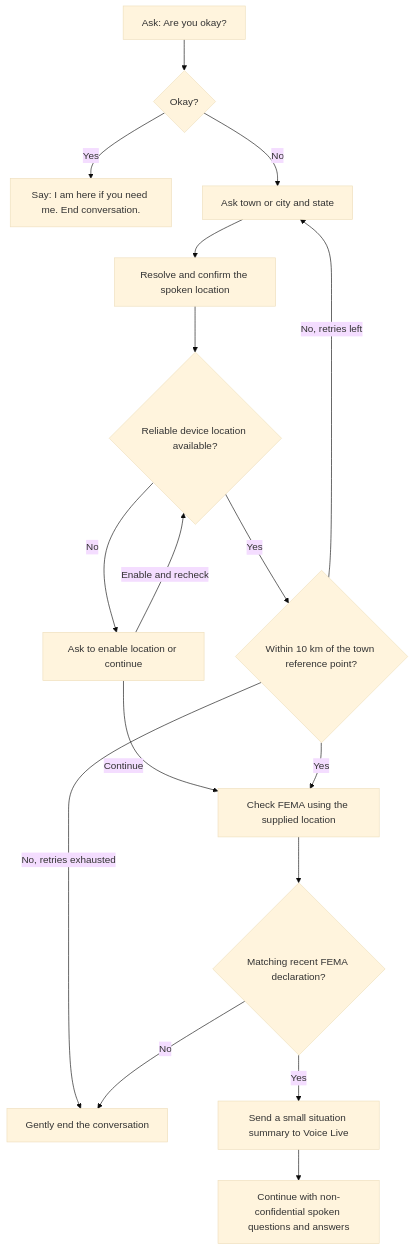
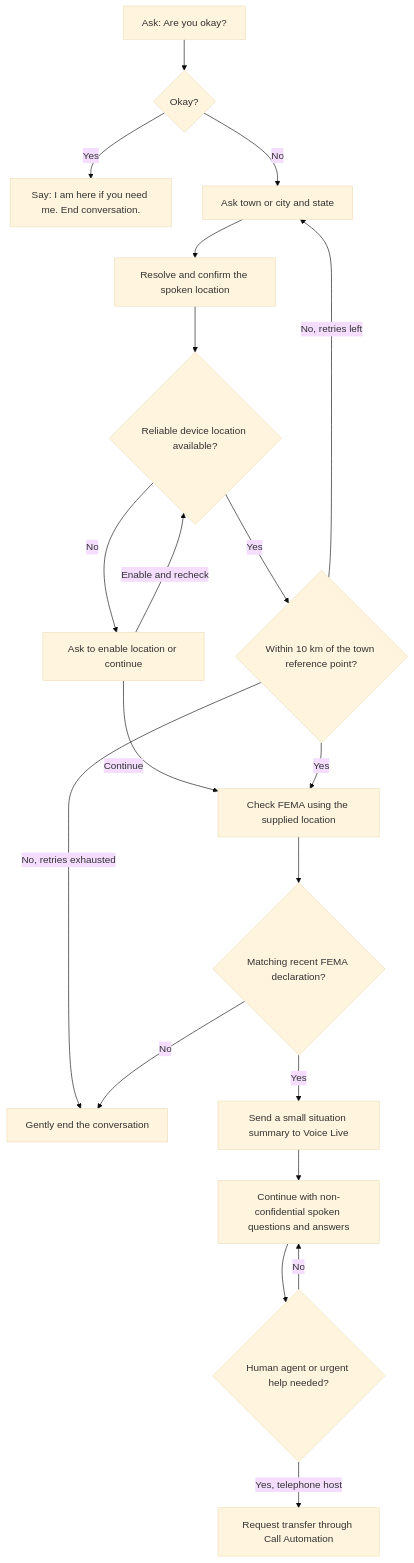
Before and after one commit to sujaysaha2906/26-MS-Hackathon-CrisisConnect: the diagram in README.md, drawn with Mermaid (base theme). The commit also changed other lines of this file and 8 other files, not shown here.

````diff
--- a/README.md
+++ b/README.md
@@ -35,19 +35,22 @@
 ```mermaid
 flowchart TD
     A[Ask: Are you okay?] --> B{Okay?}
     B -->|Yes| C[Say: I am here if you need me. End conversation.]
     B -->|No| D[Ask town or city and state]
     D --> E[Resolve and confirm the spoken location]
     E --> F{Reliable device location available?}
     F -->|No| G[Ask to enable location or continue]
     G -->|Enable and recheck| F
     G -->|Continue| J[Check FEMA using the supplied location]
     F -->|Yes| H{Within 10 km of the town reference point?}
     H -->|Yes| J
     H -->|No, retries left| D
     H -->|No, retries exhausted| I[Gently end the conversation]
     J --> K{Matching recent FEMA declaration?}
     K -->|No| I
     K -->|Yes| L[Send a small situation summary to Voice Live]
     L --> M[Continue with non-confidential spoken questions and answers]
+    M --> N{Human agent or urgent help needed?}
+    N -->|No| M
+    N -->|Yes, telephone host| O[Request transfer through Call Automation]
 ```
````
